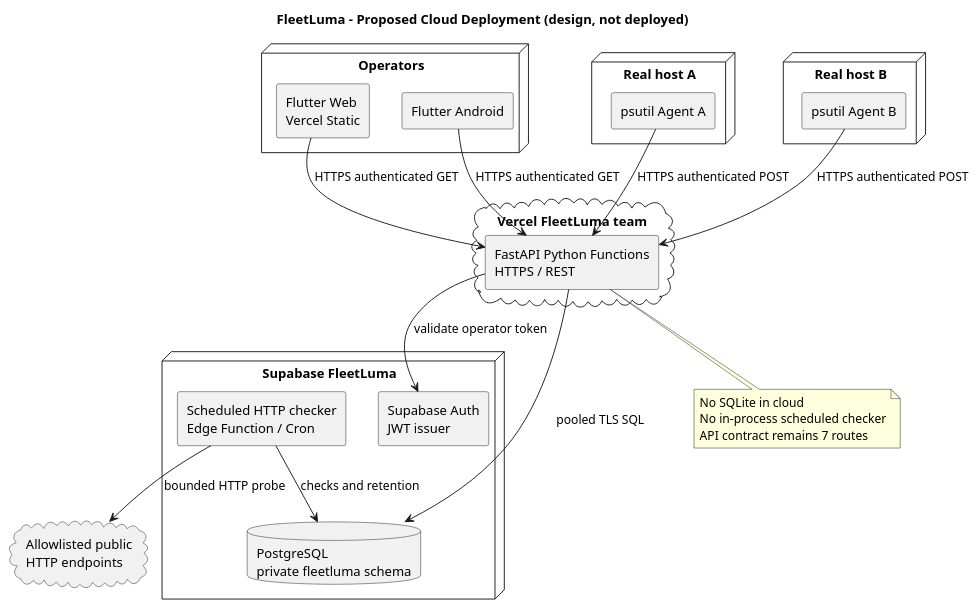
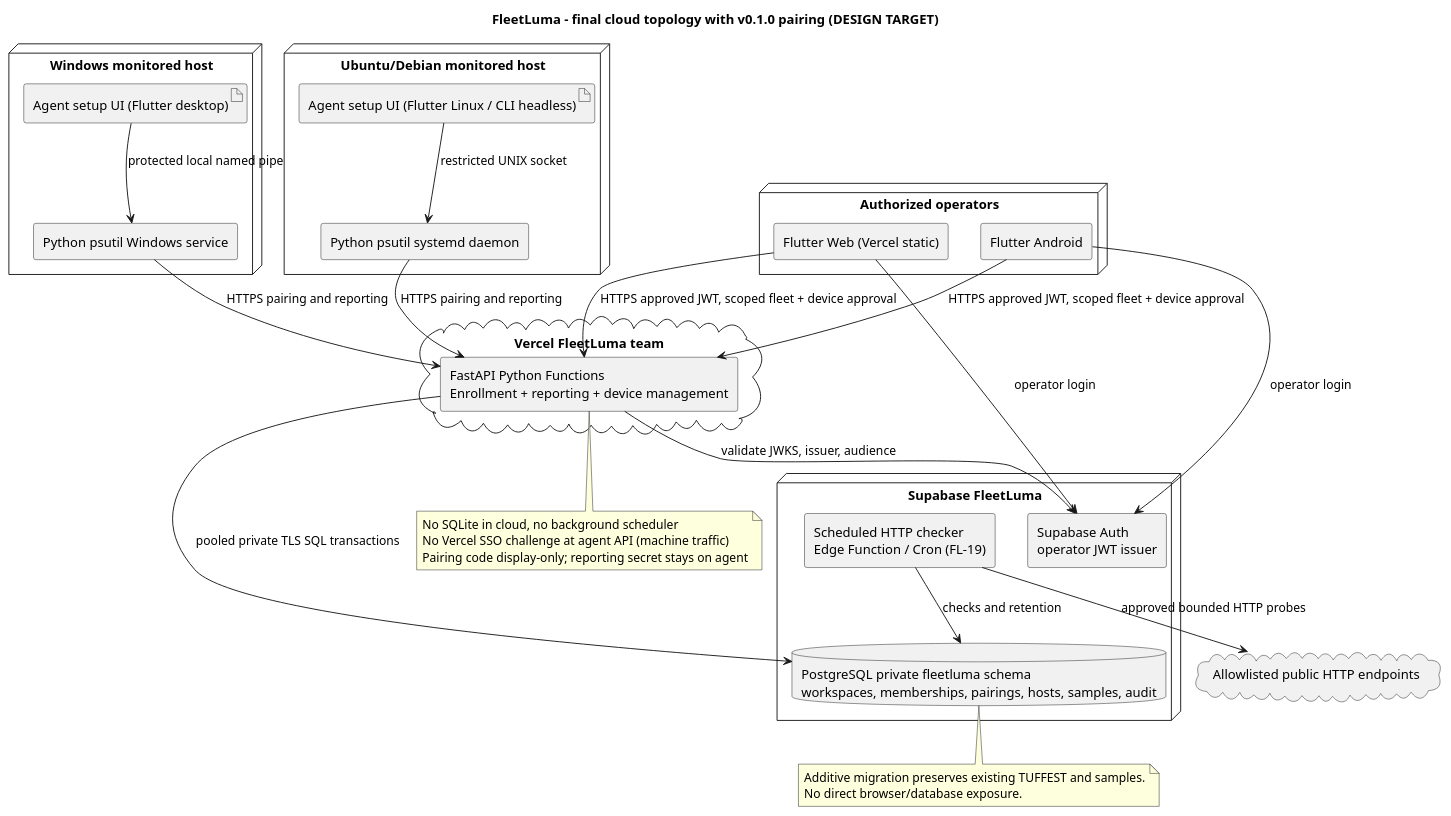
The diagram in docs/uml/plantuml/30_cloud_deployment.puml (Adam-BArbia/fleetluma), drawn with PlantUML before and after one commit.

Commit message:
docs(FL-31): align 30_cloud_deployment.puml with pairing v0.1

```diff
--- a/docs/uml/plantuml/30_cloud_deployment.puml
+++ b/docs/uml/plantuml/30_cloud_deployment.puml
@@ -1,36 +1,46 @@
 @startuml 30_cloud_deployment
-title FleetLuma - Proposed Cloud Deployment (design, not deployed)
+title FleetLuma - final cloud topology with v0.1.0 pairing (DESIGN TARGET)
 skinparam componentStyle rectangle
-node "Operators" {
-  component "Flutter Web\nVercel Static" as Web
-  component "Flutter Android" as Android
+node "Authorized operators" {
+ component "Flutter Web (Vercel static)" as Web
+ component "Flutter Android" as Android
+}
+node "Windows monitored host" {
+ artifact "Agent setup UI (Flutter desktop)" as WindowsUI
+ component "Python psutil Windows service" as WindowsAgent
+}
+node "Ubuntu/Debian monitored host" {
+ artifact "Agent setup UI (Flutter Linux / CLI headless)" as LinuxUI
+ component "Python psutil systemd daemon" as LinuxAgent
 }
 cloud "Vercel FleetLuma team" {
-  component "FastAPI Python Functions\nHTTPS / REST" as API
+ component "FastAPI Python Functions\nEnrollment + reporting + device management" as API
 }
 node "Supabase FleetLuma" {
-  database "PostgreSQL\nprivate fleetluma schema" as PG
-  component "Supabase Auth\nJWT issuer" as Auth
-  component "Scheduled HTTP checker\nEdge Function / Cron" as Scheduler
+ database "PostgreSQL private fleetluma schema\nworkspaces, memberships, pairings, hosts, samples, audit" as PG
+ component "Supabase Auth\noperator JWT issuer" as Auth
+ component "Scheduled HTTP checker\nEdge Function / Cron (FL-19)" as Scheduler
 }
-node "Real host A" {
-  component "psutil Agent A" as AgentA
-}
-node "Real host B" {
-  component "psutil Agent B" as AgentB
-}
-cloud "Allowlisted public\nHTTP endpoints" as Endpoints
-Web --> API : HTTPS authenticated GET
-Android --> API : HTTPS authenticated GET
-AgentA --> API : HTTPS authenticated POST
-AgentB --> API : HTTPS authenticated POST
-API --> Auth : validate operator token
-API --> PG : pooled TLS SQL
-Scheduler --> Endpoints : bounded HTTP probe
+cloud "Allowlisted public HTTP endpoints" as Endpoints
+WindowsUI --> WindowsAgent : protected local named pipe
+LinuxUI --> LinuxAgent : restricted UNIX socket
+WindowsAgent --> API : HTTPS pairing and reporting
+LinuxAgent --> API : HTTPS pairing and reporting
+Web --> API : HTTPS approved JWT, scoped fleet + device approval
+Android --> API : HTTPS approved JWT, scoped fleet + device approval
+Web --> Auth : operator login
+Android --> Auth : operator login
+API --> Auth : validate JWKS, issuer, audience
+API --> PG : pooled private TLS SQL transactions
+Scheduler --> Endpoints : approved bounded HTTP probes
 Scheduler --> PG : checks and retention
 note bottom of API
-  No SQLite in cloud
-  No in-process scheduled checker
-  API contract remains 7 routes
+ No SQLite in cloud, no background scheduler
+ No Vercel SSO challenge at agent API (machine traffic)
+ Pairing code display-only; reporting secret stays on agent
+end note
+note bottom of PG
+ Additive migration preserves existing TUFFEST and samples.
+ No direct browser/database exposure.
 end note
 @enduml
```
